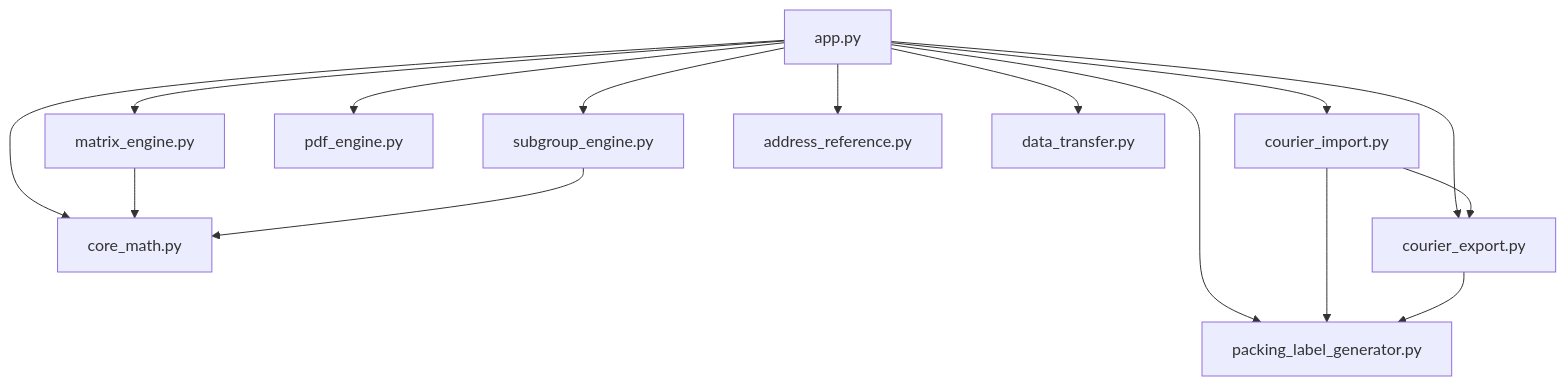
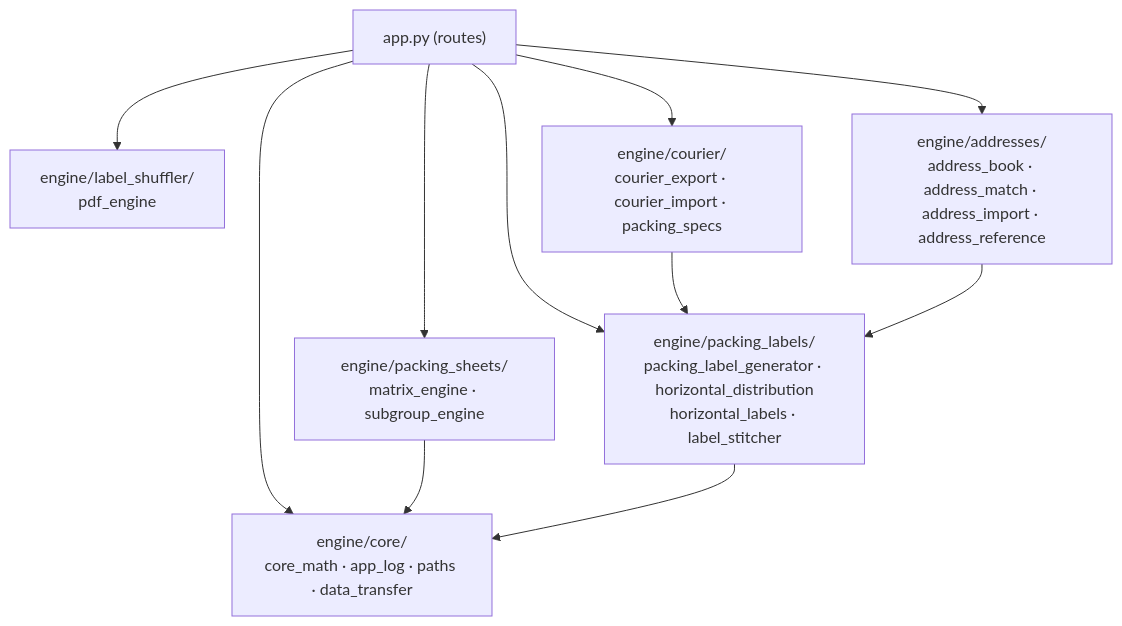
Before and after one commit to nesubat/Warehouse_app: the second of 19 diagrams in docs/CODE_GUIDE.md, drawn with Mermaid. The commit also changed other lines of this file and 35 other files, not shown here.

Commit message:
Address book: offer the receiver's saved address with differences marked, Keep as is,and suburb/state/postcode hints from saved addresses; saved places first in typing suggestions

````diff
--- a/docs/CODE_GUIDE.md
+++ b/docs/CODE_GUIDE.md
@@ -119,17 +119,13 @@
 ```mermaid
 graph TD
-    app["app.py"] --> matrix["matrix_engine.py"]
-    app --> sub["subgroup_engine.py"]
-    app --> pdf["pdf_engine.py"]
-    app --> core["core_math.py"]
-    app --> plg["packing_label_generator.py"]
-    app --> ce["courier_export.py"]
-    app --> ci["courier_import.py"]
-    app --> ar["address_reference.py"]
-    app --> dt["data_transfer.py"]
-    ci --> plg
-    ci --> ce
-    matrix --> core
-    sub --> core
-    ce --> plg
+    app["app.py (routes)"] --> sheets["engine/packing_sheets/<br>matrix_engine · subgroup_engine"]
+    app --> shuffler["engine/label_shuffler/<br>pdf_engine"]
+    app --> labels["engine/packing_labels/<br>packing_label_generator · horizontal_distribution<br>horizontal_labels · label_stitcher"]
+    app --> courier["engine/courier/<br>courier_export · courier_import · packing_specs"]
+    app --> addresses["engine/addresses/<br>address_book · address_match · address_import · address_reference"]
+    app --> core["engine/core/<br>core_math · app_log · paths · data_transfer"]
+    sheets --> core
+    labels --> core
+    courier --> labels
+    addresses --> labels
 ```
````
